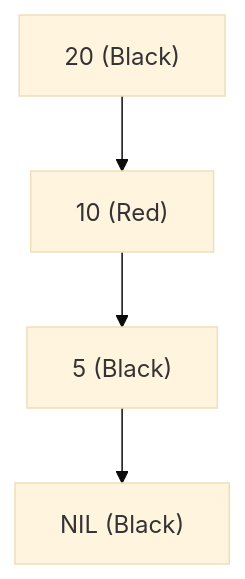
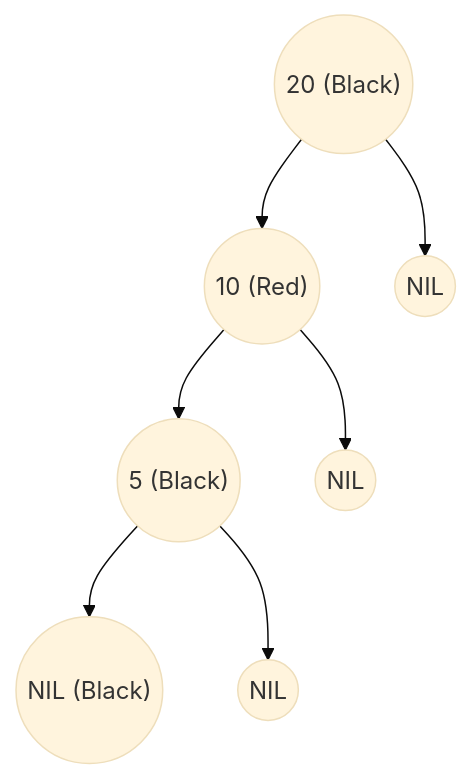
The tenth of 31 diagrams in docs/data-structure-and-algorithms/data-structures/tree/search-tree/self-balancing-bst/red-black.md (imdeepmind/imdeepmind.github.io), drawn with Mermaid (base theme) before and after one commit. The commit also changed other lines of this file, not shown here.

Commit message:
docs(tree): IMDEEPMIND-32: added docs for red black tree

````diff
--- a/docs/data-structure-and-algorithms/data-structures/tree/search-tree/self-balancing-bst/red-black.md
+++ b/docs/data-structure-and-algorithms/data-structures/tree/search-tree/self-balancing-bst/red-black.md
@@ -192,7 +213,10 @@
 ```mermaid
 graph TD
-    A["20 (Black)"]
-    A --> B["10 (Red)"]
-    B --> C["5 (Black)"]
-    C --> D["NIL (Black)"]
+    A(("20 (Black)"))
+    A --> B(("10 (Red)"))
+    A --> E(("NIL"))
+    B --> C(("5 (Black)"))
+    B --> F(("NIL"))
+    C --> D(("NIL (Black)"))
+    C --> G(("NIL"))
 ```
````
